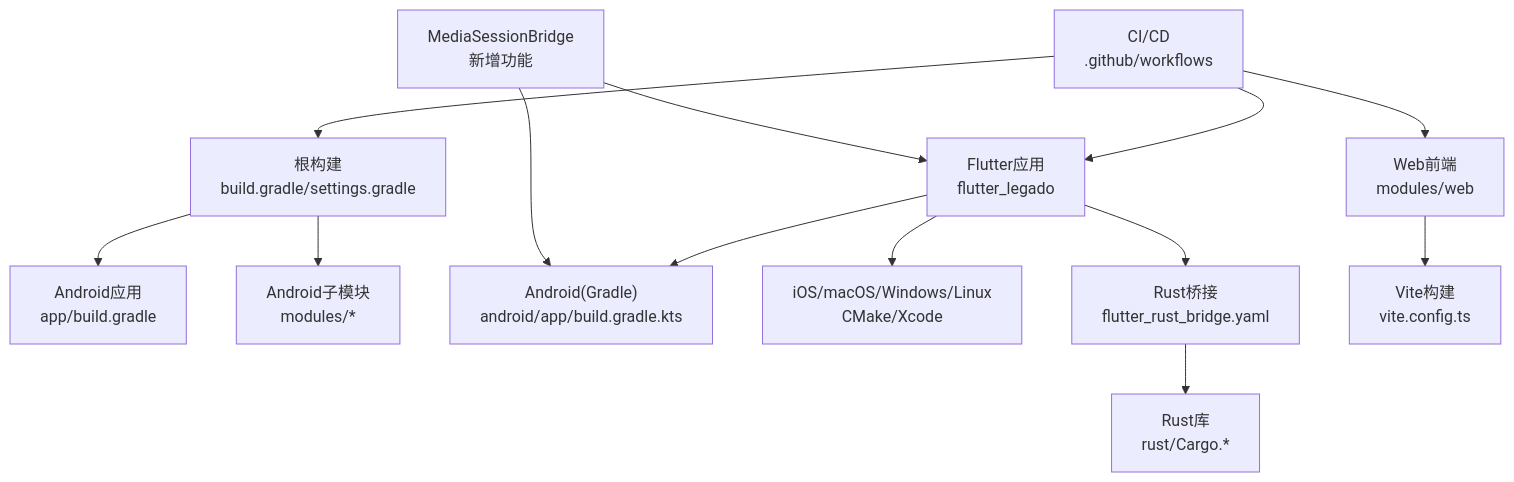
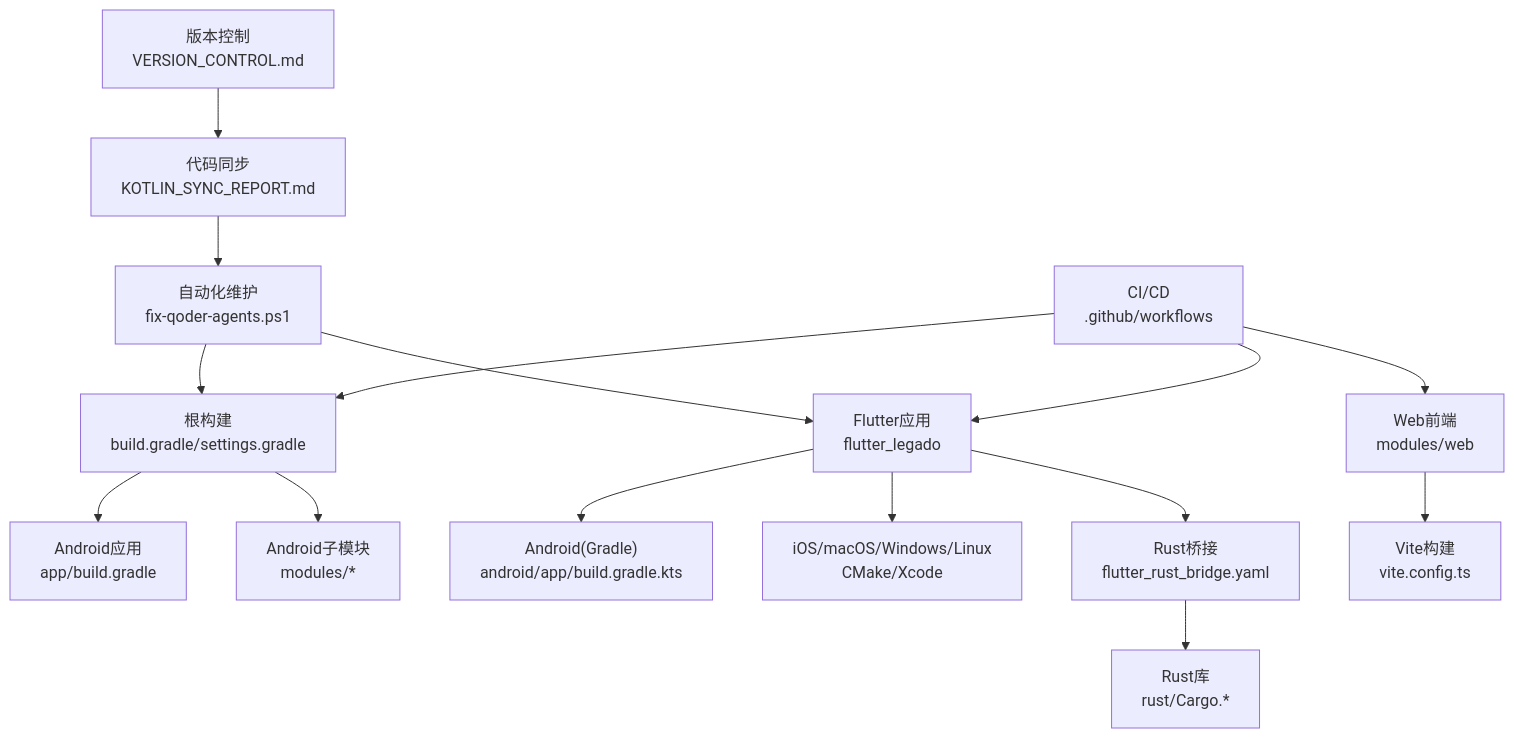
One commit to ZhangGHGitHub/LegadoTeamFlutter changed the first of 9 diagrams in .qoder/repowiki/zh/content/构建和部署/构建和部署.md. Above: the diagram before and after it, drawn with Mermaid. The commit also changed other lines of this file and 68 other files, not shown here.

````diff
--- a/.qoder/repowiki/zh/content/构建和部署/构建和部署.md
+++ b/.qoder/repowiki/zh/content/构建和部署/构建和部署.md
@@ -62,15 +67,17 @@
 ```mermaid
 graph TB
 A["根构建<br/>build.gradle/settings.gradle"] --> B["Android应用<br/>app/build.gradle"]
 A --> C["Android子模块<br/>modules/*"]
 D["Flutter应用<br/>flutter_legado"] --> E["Android(Gradle)<br/>android/app/build.gradle.kts"]
 D --> F["iOS/macOS/Windows/Linux<br/>CMake/Xcode"]
 D --> G["Rust桥接<br/>flutter_rust_bridge.yaml"]
 G --> H["Rust库<br/>rust/Cargo.*"]
 I["Web前端<br/>modules/web"] --> J["Vite构建<br/>vite.config.ts"]
 K["CI/CD<br/>.github/workflows"] --> A
 K --> D
 K --> I
-L["MediaSessionBridge<br/>新增功能"] --> E
-L --> D
+L["版本控制<br/>VERSION_CONTROL.md"] --> M["代码同步<br/>KOTLIN_SYNC_REPORT.md"]
+M --> N["自动化维护<br/>fix-qoder-agents.ps1"]
+N --> D
+N --> A
 ```
````
